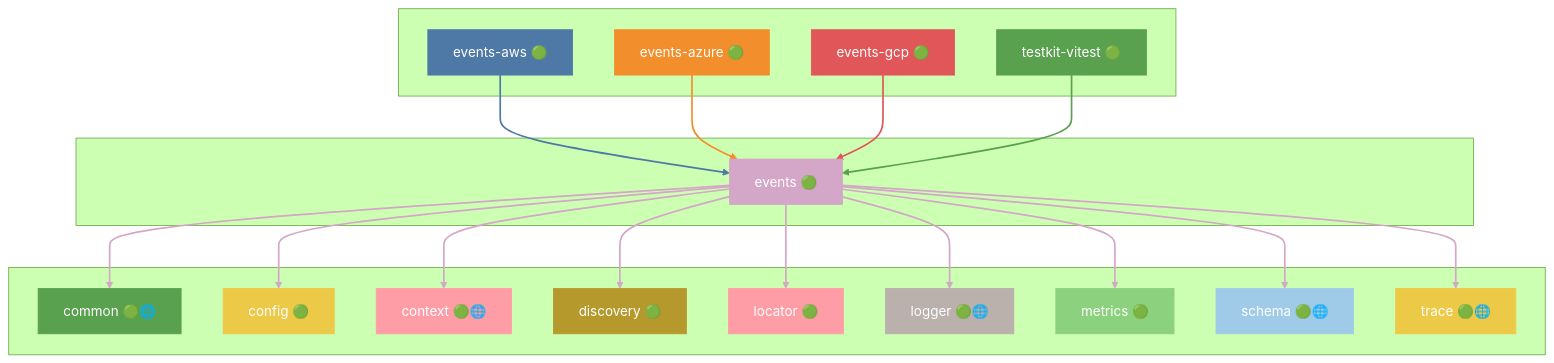
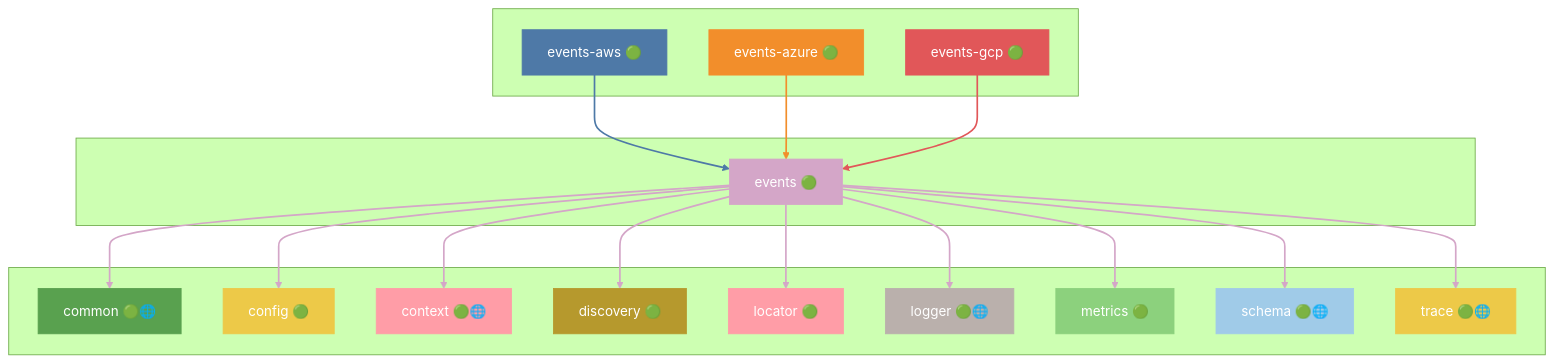
Before and after one commit to grest-ts/grest-ts: diagram 19 of 45 in docs/DEPENDENCIES.md, drawn with Mermaid (forest theme). The commit also changed other lines of this file and 4 other files, not shown here.

````diff
--- a/docs/DEPENDENCIES.md
+++ b/docs/DEPENDENCIES.md
@@ -991,63 +987,59 @@
 ```mermaid
 flowchart TB
     subgraph Dependents[" "]
         events-aws["events-aws 🟢"]
         events-azure["events-azure 🟢"]
         events-gcp["events-gcp 🟢"]
-        testkit-vitest["testkit-vitest 🟢"]
     end
     subgraph Package[" "]
         events["events 🟢"]
     end
     subgraph Dependencies[" "]
         common["common 🟢🌐"]
         config["config 🟢"]
         context["context 🟢🌐"]
         discovery["discovery 🟢"]
         locator["locator 🟢"]
         logger["logger 🟢🌐"]
         metrics["metrics 🟢"]
         schema["schema 🟢🌐"]
         trace["trace 🟢🌐"]
     end
     events-aws --> events
     events-azure --> events
     events-gcp --> events
-    testkit-vitest --> events
     events --> common
     events --> config
     events --> context
     events --> discovery
     events --> locator
     events --> logger
     events --> metrics
     events --> schema
     events --> trace
     style events fill:#D4A6C8,stroke:#D4A6C8,color:#fff
     style events-aws fill:#4E79A7,stroke:#4E79A7,color:#fff
     style events-azure fill:#F28E2B,stroke:#F28E2B,color:#fff
     style events-gcp fill:#E15759,stroke:#E15759,color:#fff
-    style testkit-vitest fill:#59A14F,stroke:#59A14F,color:#fff
     style common fill:#59A14F,stroke:#59A14F,color:#fff
     style config fill:#EDC948,stroke:#EDC948,color:#fff
     style context fill:#FF9DA7,stroke:#FF9DA7,color:#fff
     style discovery fill:#B6992D,stroke:#B6992D,color:#fff
     style locator fill:#FF9DA7,stroke:#FF9DA7,color:#fff
     style logger fill:#BAB0AC,stroke:#BAB0AC,color:#fff
     style metrics fill:#8CD17D,stroke:#8CD17D,color:#fff
     style schema fill:#A0CBE8,stroke:#A0CBE8,color:#fff
     style trace fill:#EDC948,stroke:#EDC948,color:#fff
     linkStyle 0 stroke:#4E79A7,stroke-width:2px
     linkStyle 1 stroke:#F28E2B,stroke-width:2px
     linkStyle 2 stroke:#E15759,stroke-width:2px
-    linkStyle 3 stroke:#59A14F,stroke-width:2px
+    linkStyle 3 stroke:#D4A6C8,stroke-width:2px
     linkStyle 4 stroke:#D4A6C8,stroke-width:2px
     linkStyle 5 stroke:#D4A6C8,stroke-width:2px
     linkStyle 6 stroke:#D4A6C8,stroke-width:2px
     linkStyle 7 stroke:#D4A6C8,stroke-width:2px
     linkStyle 8 stroke:#D4A6C8,stroke-width:2px
     linkStyle 9 stroke:#D4A6C8,stroke-width:2px
     linkStyle 10 stroke:#D4A6C8,stroke-width:2px
     linkStyle 11 stroke:#D4A6C8,stroke-width:2px
-    linkStyle 12 stroke:#D4A6C8,stroke-width:2px
 ```
````
